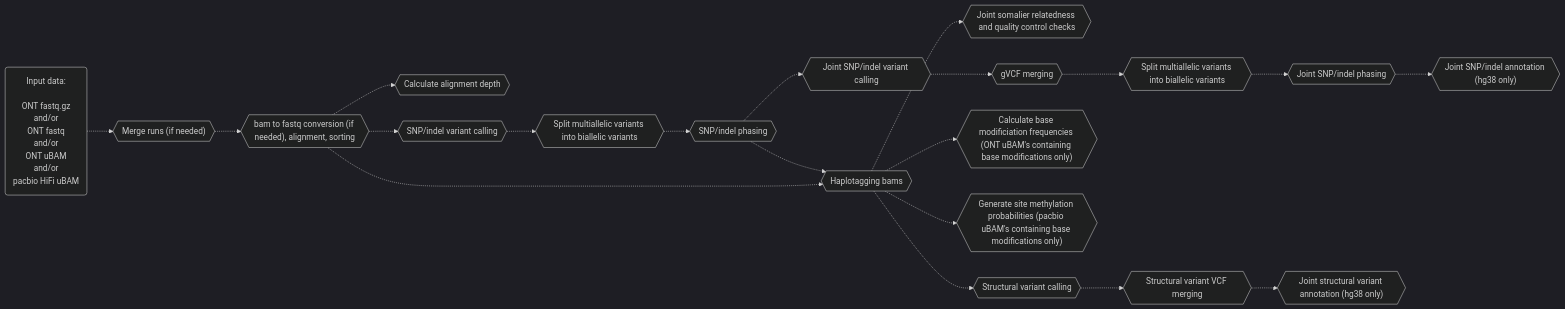
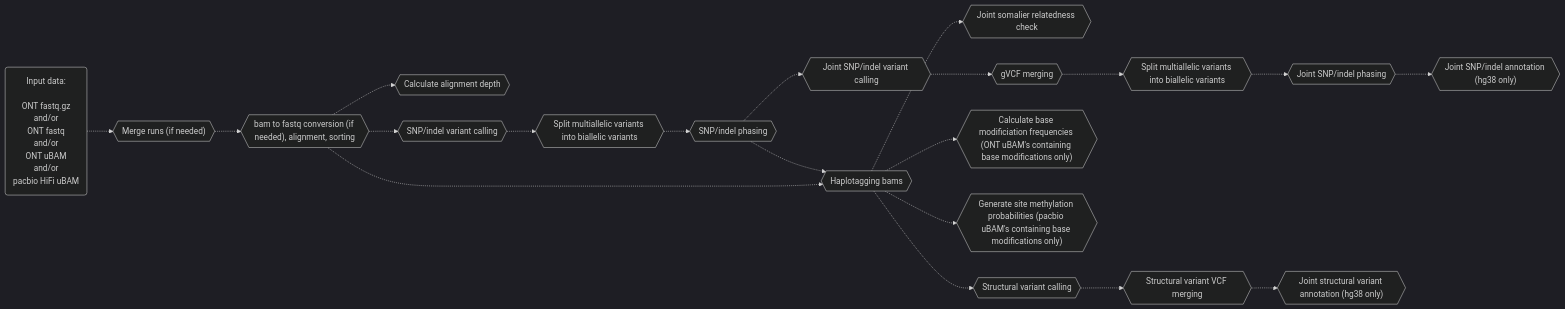
One commit to leahkemp/pipeface changed the second of 4 diagrams in README.md. Above: the diagram before and after it, drawn with Mermaid. The commit also changed other lines of this file, not shown here.

````diff
--- a/README.md
+++ b/README.md
@@ -50,34 +50,34 @@
 ```mermaid
 %%{init: {'theme':'dark'}}%%
 flowchart LR
 
 input_data("Input data: <br><br> ONT fastq.gz <br> and/or <br> ONT fastq <br> and/or <br> ONT uBAM <br> and/or <br> pacbio HiFi uBAM")
 merging{{"Merge runs (if needed)"}}
 alignment{{"bam to fastq conversion (if needed), alignment, sorting"}}
 depth{{"Calculate alignment depth"}}
 snp_indel_calling{{"SNP/indel variant calling"}}
 split_multiallele{{"Split multiallelic variants into biallelic variants"}}
 snp_indel_phasing{{"SNP/indel phasing"}}
 joint_snp_indel_calling{{"Joint SNP/indel variant calling"}}
-joint_somalier{{"Joint somalier relatedness and quality control checks"}}
+joint_somalier{{"Joint somalier relatedness check"}}
 gvcf_merging{{"gVCF merging"}}
 joint_split_multiallele{{"Split multiallelic variants into biallelic variants"}}
 joint_snp_indel_phasing{{"Joint SNP/indel phasing"}}
 joint_snp_indel_annotation{{"Joint SNP/indel annotation (hg38 only)"}}
 haplotagging{{"Haplotagging bams"}}
 calculate_base_mod_freqs{{"Calculate base modificiation frequencies (ONT uBAM's containing base modifications only)"}}
 generate_meth_probs{{"Generate site methylation probabilities (pacbio uBAM's containing base modifications only)"}}
 sv_calling{{"Structural variant calling"}}
 sv_vcf_merging{{"Structural variant VCF merging"}}
 joint_sv_annotation{{"Joint structural variant annotation (hg38 only)"}}
 
 input_data-.->merging-.->alignment-.->snp_indel_calling-.->split_multiallele-.->snp_indel_phasing-.->haplotagging-.->sv_calling
 alignment-.->depth
 alignment-.->haplotagging
 haplotagging-.->calculate_base_mod_freqs
 haplotagging-.->generate_meth_probs
 haplotagging-.->joint_somalier
 snp_indel_phasing-.->joint_snp_indel_calling-.->gvcf_merging-.->joint_split_multiallele-.->joint_snp_indel_phasing-.->joint_snp_indel_annotation
 sv_calling-.->sv_vcf_merging-.->joint_sv_annotation
 
 ```
````
